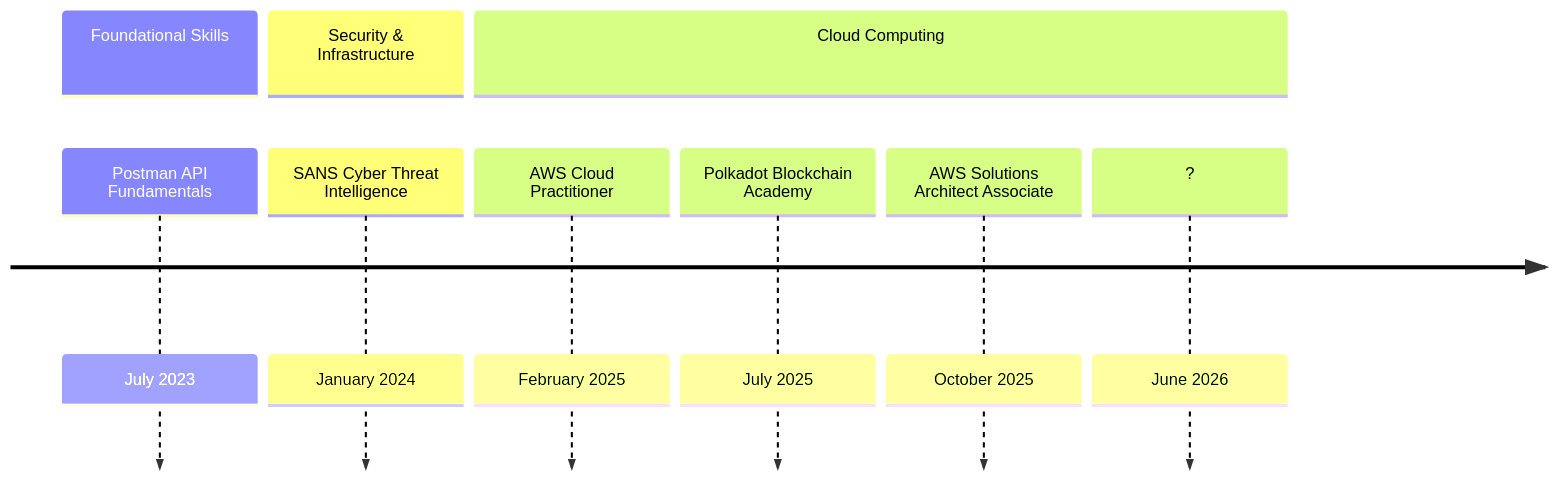
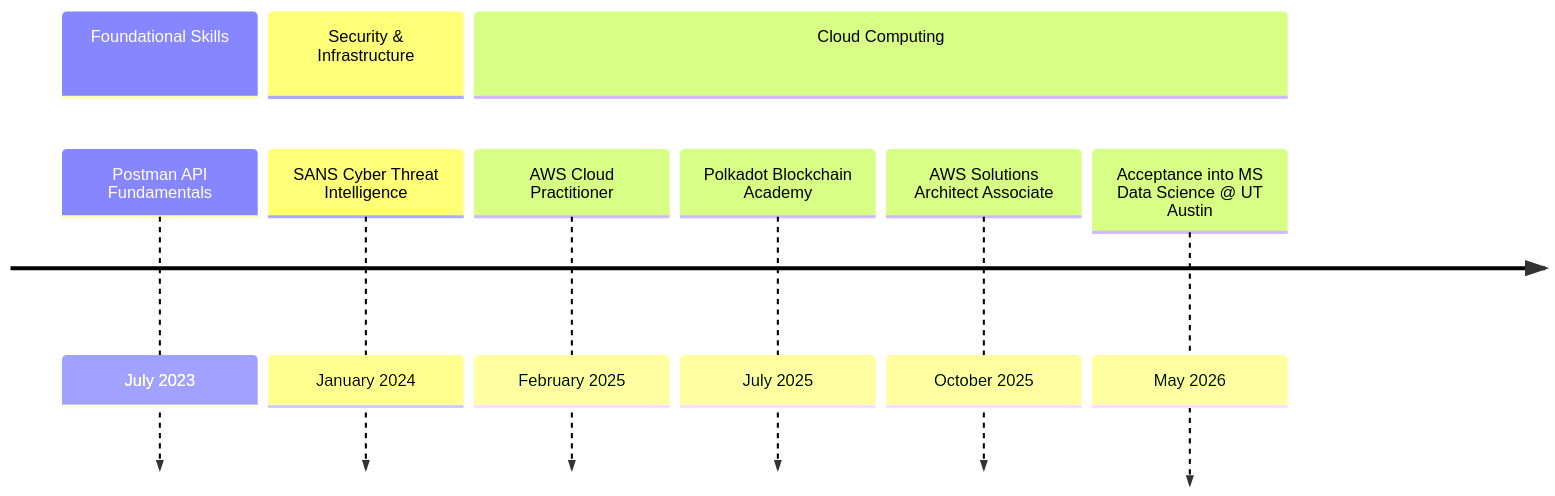
One commit to saraprettyman/saraprettyman changed the diagram in README.md. Above: the diagram before and after it, drawn with Mermaid.

Commit message:
Update upcoming acceptance date in README

````diff
--- a/README.md
+++ b/README.md
@@ -105,13 +105,13 @@
 ```mermaid
 timeline
     title 
     section Foundational Skills
         Postman API Fundamentals : July 2023
     section Security & Infrastructure
         SANS Cyber Threat Intelligence : January 2024
     section Cloud Computing
         AWS Cloud Practitioner : February 2025
         Polkadot Blockchain Academy : July 2025
         AWS Solutions Architect Associate : October 2025
-        ? : June 2026
+        Acceptance into MS Data Science @ UT Austin : May 2026
 ```
````
